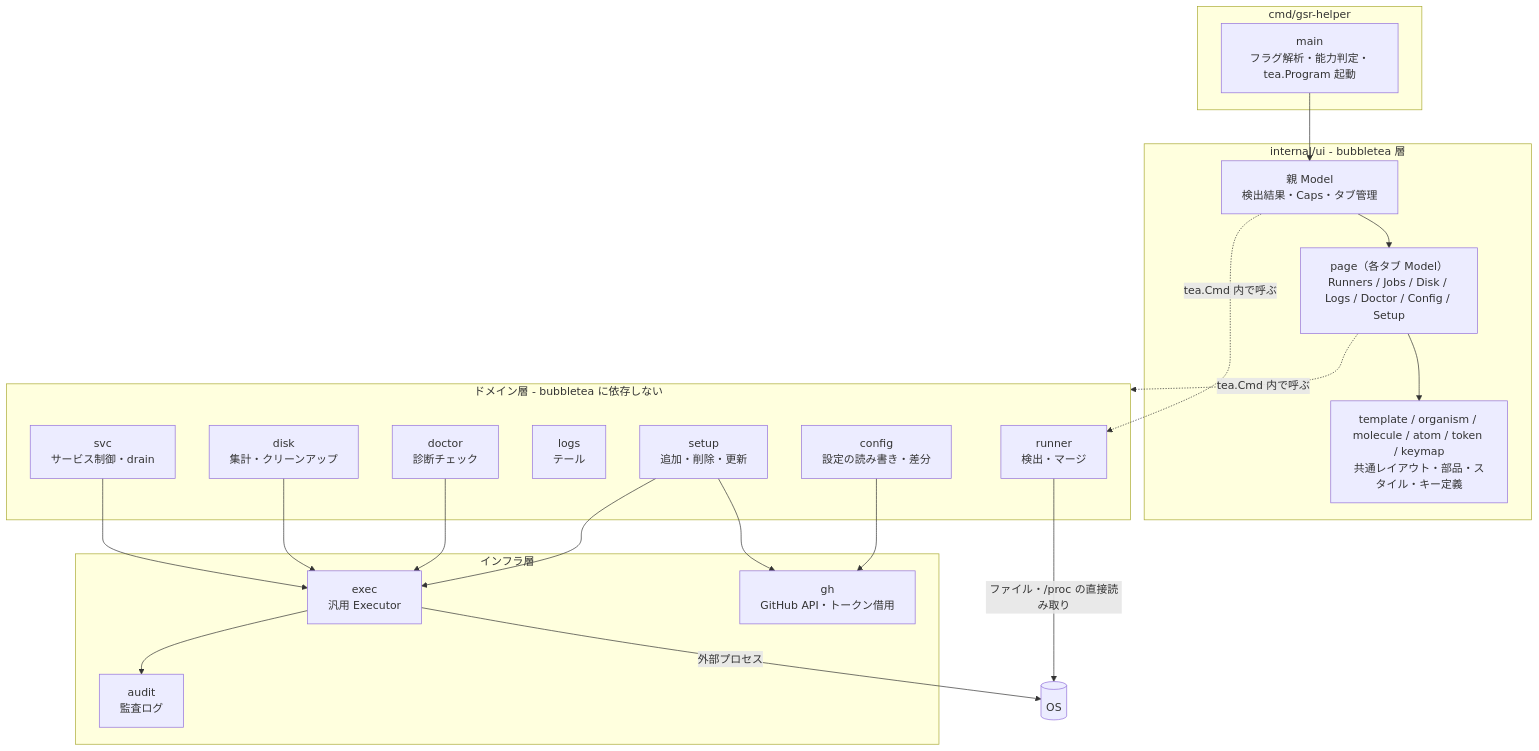
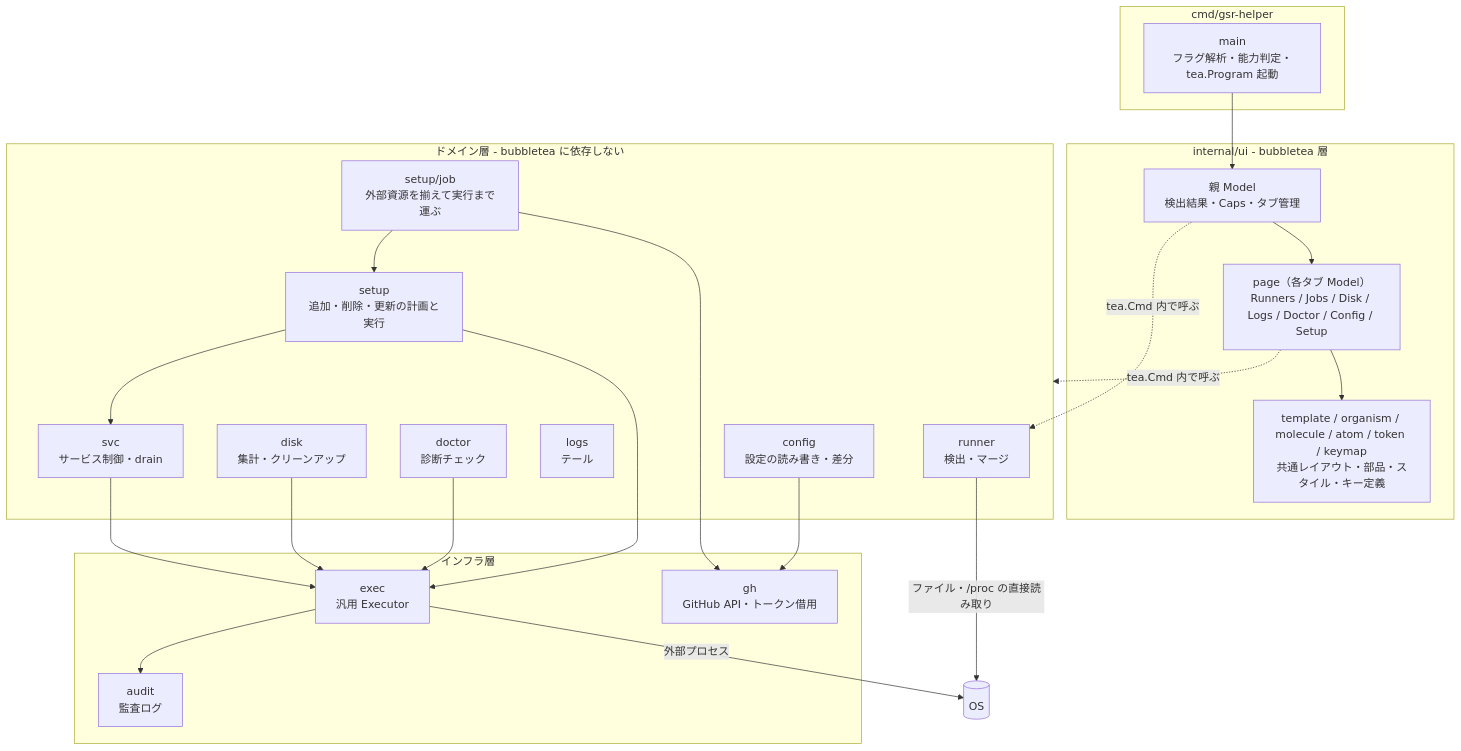
One commit to ousiassllc/gsr-helper changed the first of 5 diagrams in docs/architecture/overview.md. Above: the diagram before and after it, drawn with Mermaid. The commit also changed other lines of this file and 2 other files, not shown here.

Commit message:
docs: 追加・削除・バージョン更新の実装を仕様書へ反映

````diff
--- a/docs/architecture/overview.md
+++ b/docs/architecture/overview.md
@@ -7,45 +7,48 @@
 ```mermaid
 graph TD
     subgraph cmd[cmd/gsr-helper]
         Main[main<br/>フラグ解析・能力判定・tea.Program 起動]
     end
 
     subgraph ui[internal/ui - bubbletea 層]
         App[親 Model<br/>検出結果・Caps・タブ管理]
         Tabs[page（各タブ Model）<br/>Runners / Jobs / Disk / Logs / Doctor / Config / Setup]
         Forms[template / organism / molecule / atom / token / keymap<br/>共通レイアウト・部品・スタイル・キー定義]
     end
 
     subgraph domain[ドメイン層 - bubbletea に依存しない]
         Runner[runner<br/>検出・マージ]
         Svc[svc<br/>サービス制御・drain]
         Disk[disk<br/>集計・クリーンアップ]
         Logs[logs<br/>テール]
         Doctor[doctor<br/>診断チェック]
         Conf[config<br/>設定の読み書き・差分]
-        Setup[setup<br/>追加・削除・更新]
+        Setup[setup<br/>追加・削除・更新の計画と実行]
+        SetupJob[setup/job<br/>外部資源を揃えて実行まで運ぶ]
     end
 
     subgraph infra[インフラ層]
         Exec[exec<br/>汎用 Executor]
         GH[gh<br/>GitHub API・トークン借用]
         Audit[audit<br/>監査ログ]
     end
 
     Main --> App
     App --> Tabs
     Tabs --> Forms
     Tabs -.->|tea.Cmd 内で呼ぶ| domain
     App -.->|tea.Cmd 内で呼ぶ| Runner
 
     Svc --> Exec
     Disk --> Exec
     Doctor --> Exec
     Setup --> Exec
-    Setup --> GH
+    Setup --> Svc
+    SetupJob --> Setup
+    SetupJob --> GH
     Conf --> GH
     Exec --> Audit
 
     Runner -->|ファイル・/proc の直接読み取り| OS[(OS)]
     Exec -->|外部プロセス| OS
 ```
````
